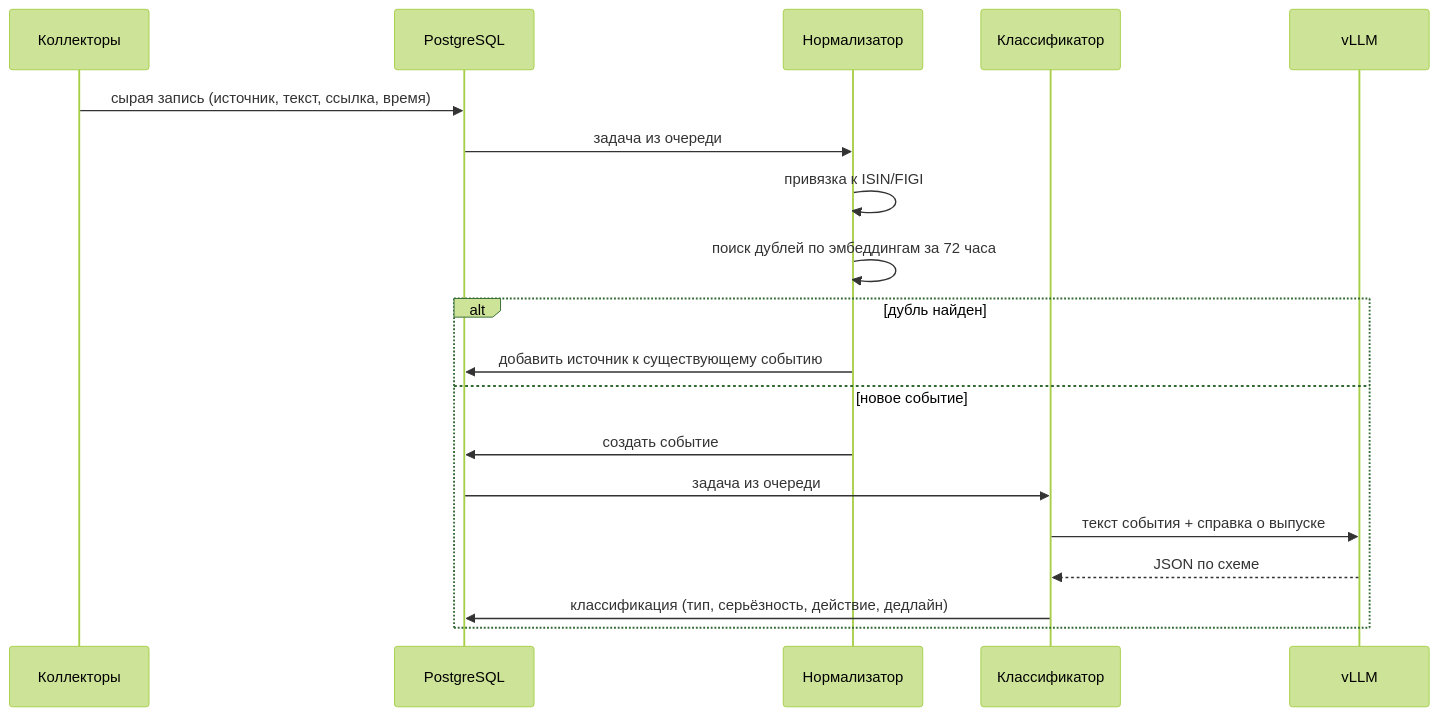
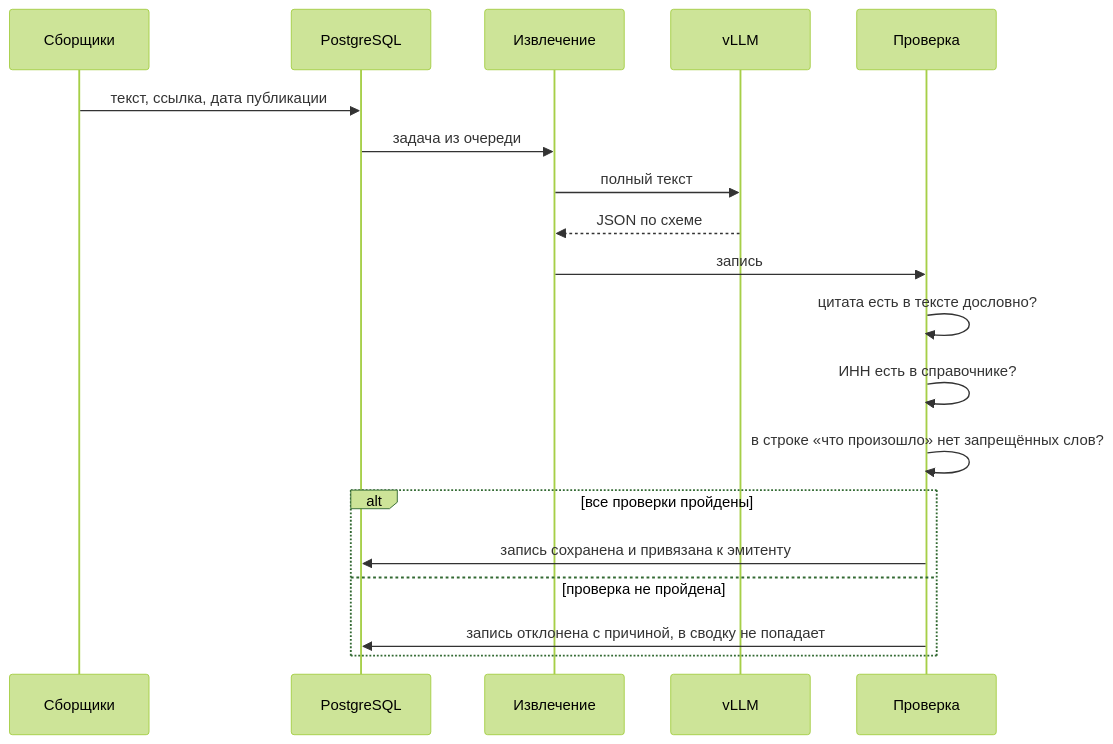
Before and after one commit to mawarzd/portfolio-event-radar: the second of 3 diagrams in docs/architecture.md, drawn with Mermaid (forest theme). The commit also changed other lines of this file and 5 other files, not shown here.

````diff
--- a/docs/architecture.md
+++ b/docs/architecture.md
@@ -78,22 +68,22 @@
 ```mermaid
 sequenceDiagram
-    participant C as Коллекторы
+    participant C as Сборщики
     participant DB as PostgreSQL
-    participant N as Нормализатор
-    participant L as Классификатор
+    participant E as Извлечение
     participant V as vLLM
+    participant K as Проверка
 
-    C->>DB: сырая запись (источник, текст, ссылка, время)
-    DB->>N: задача из очереди
-    N->>N: привязка к ISIN/FIGI
-    N->>N: поиск дублей по эмбеддингам за 72 часа
-    alt дубль найден
-        N->>DB: добавить источник к существующему событию
-    else новое событие
-        N->>DB: создать событие
-        DB->>L: задача из очереди
-        L->>V: текст события + справка о выпуске
-        V-->>L: JSON по схеме
-        L->>DB: классификация (тип, серьёзность, действие, дедлайн)
+    C->>DB: текст, ссылка, дата публикации
+    DB->>E: задача из очереди
+    E->>V: полный текст
+    V-->>E: JSON по схеме
+    E->>K: запись
+    K->>K: цитата есть в тексте дословно?
+    K->>K: ИНН есть в справочнике?
+    K->>K: в строке «что произошло» нет запрещённых слов?
+    alt все проверки пройдены
+        K->>DB: запись сохранена и привязана к эмитенту
+    else проверка не пройдена
+        K->>DB: запись отклонена с причиной, в сводку не попадает
     end
 ```
````
